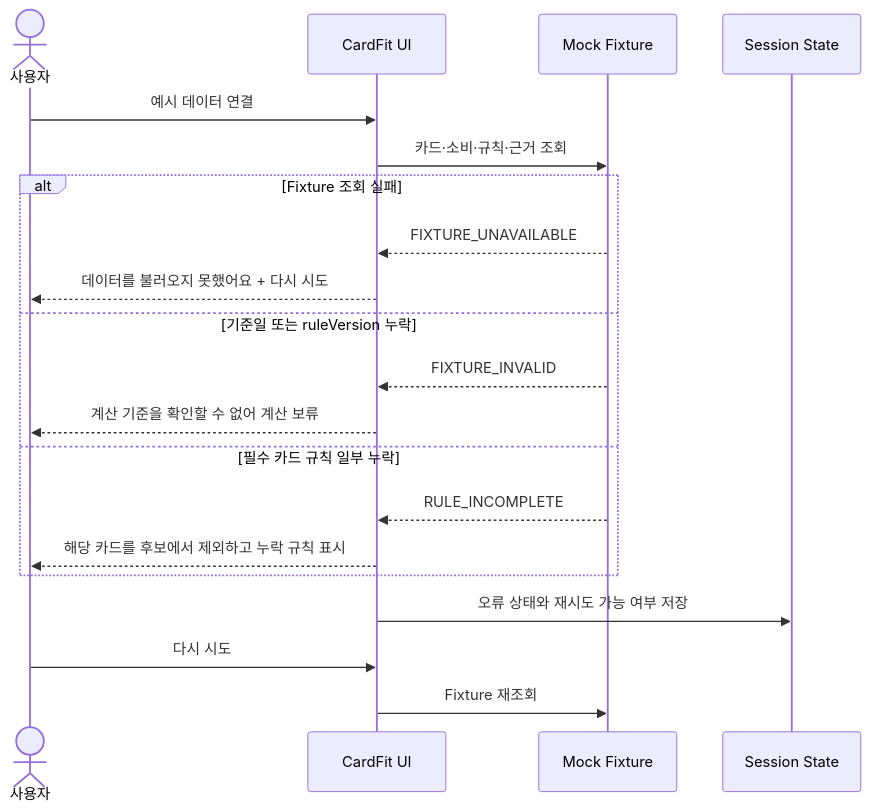
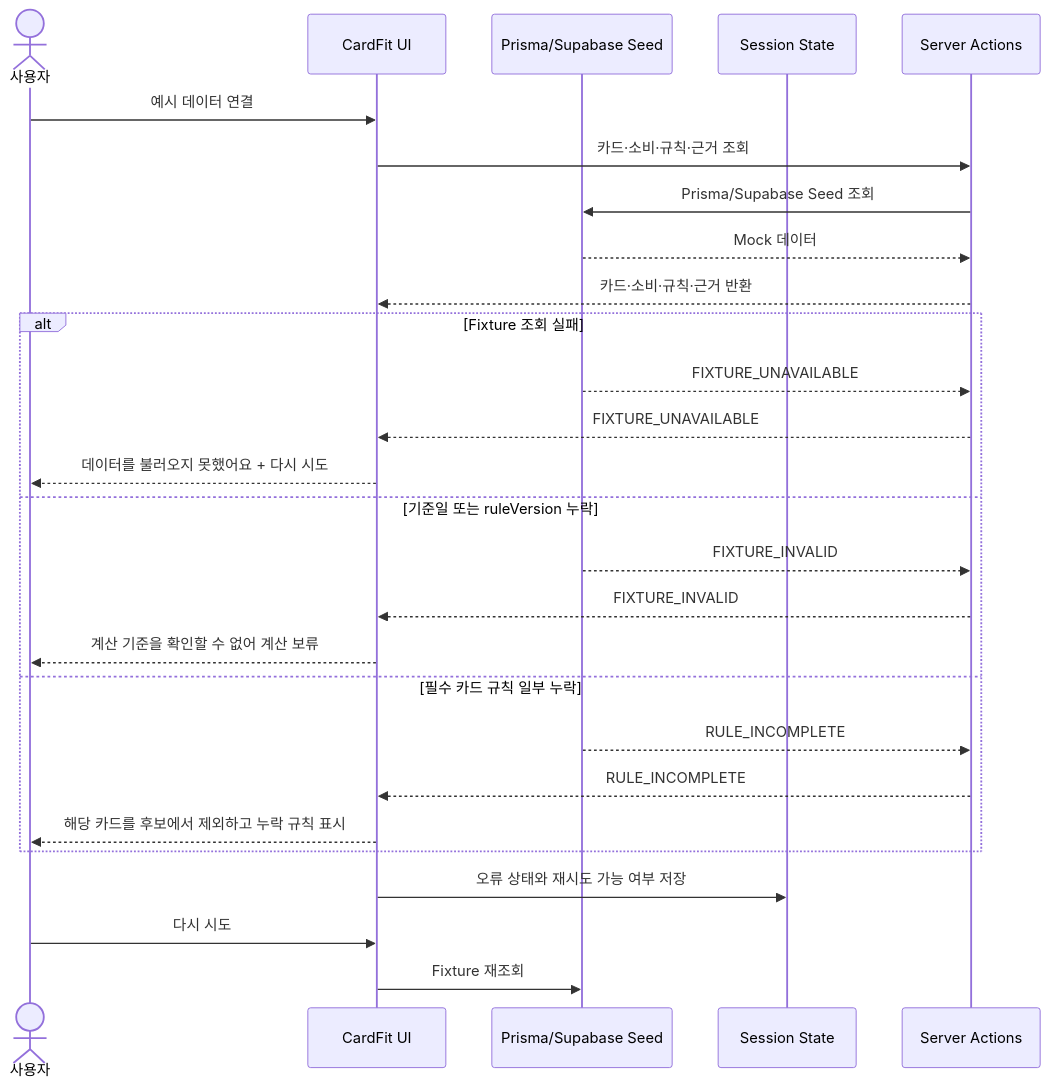
The eighth of 9 diagrams in docs/diagrams/TECHNICAL_DESIGN.md (maybeaj/cardfit), drawn with Mermaid before and after one commit. The commit also changed other lines of this file and 17 other files, not shown here.

Commit message:
docs: align task list with seeded rules architecture

````diff
--- a/docs/diagrams/TECHNICAL_DESIGN.md
+++ b/docs/diagrams/TECHNICAL_DESIGN.md
@@ -362,23 +371,30 @@
 ```mermaid
 sequenceDiagram
   actor User as 사용자
   participant UI as CardFit UI
-  participant Fixture as Mock Fixture
+  participant Fixture as Prisma/Supabase Seed
   participant State as Session State
+  participant Actions as Server Actions
 
   User->>UI: 예시 데이터 연결
-  UI->>Fixture: 카드·소비·규칙·근거 조회
+  UI->>Actions: 카드·소비·규칙·근거 조회
+  Actions->>Fixture: Prisma/Supabase Seed 조회
+  Fixture-->>Actions: Mock 데이터
+  Actions-->>UI: 카드·소비·규칙·근거 반환
   alt Fixture 조회 실패
-    Fixture-->>UI: FIXTURE_UNAVAILABLE
+    Fixture-->>Actions: FIXTURE_UNAVAILABLE
+    Actions-->>UI: FIXTURE_UNAVAILABLE
     UI-->>User: 데이터를 불러오지 못했어요 + 다시 시도
   else 기준일 또는 ruleVersion 누락
-    Fixture-->>UI: FIXTURE_INVALID
+    Fixture-->>Actions: FIXTURE_INVALID
+    Actions-->>UI: FIXTURE_INVALID
     UI-->>User: 계산 기준을 확인할 수 없어 계산 보류
   else 필수 카드 규칙 일부 누락
-    Fixture-->>UI: RULE_INCOMPLETE
+    Fixture-->>Actions: RULE_INCOMPLETE
+    Actions-->>UI: RULE_INCOMPLETE
     UI-->>User: 해당 카드를 후보에서 제외하고 누락 규칙 표시
   end
   UI->>State: 오류 상태와 재시도 가능 여부 저장
   User->>UI: 다시 시도
   UI->>Fixture: Fixture 재조회
 ```
````
